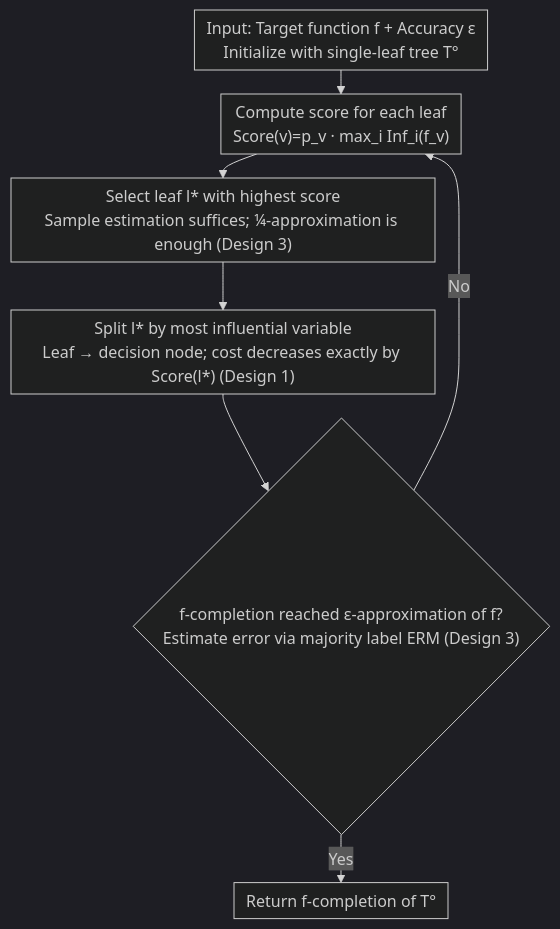
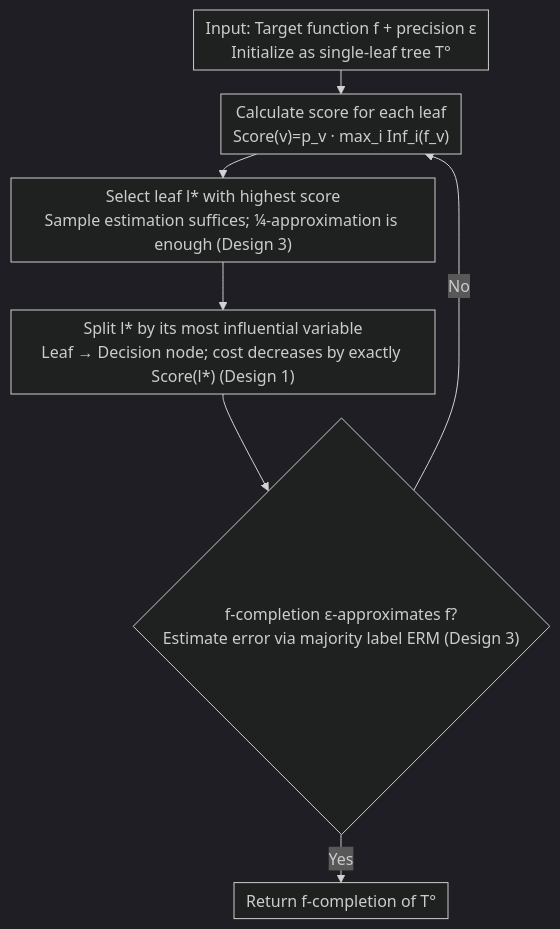
Before and after one commit to zhaoyang97/Paper-Notes-en: the diagram in docs/ICML2026/others/decision_tree_learning_on_product_spaces.md, drawn with Mermaid (dark theme). The commit also changed other lines of this file and 5084 other files, not shown here.

````diff
--- a/docs/ICML2026/others/decision_tree_learning_on_product_spaces.md
+++ b/docs/ICML2026/others/decision_tree_learning_on_product_spaces.md
@@ -46,10 +46,10 @@
 ```mermaid
 %%{init: {'flowchart': {'rankSpacing': 24, 'nodeSpacing': 28, 'padding': 6, 'wrappingWidth': 400}}}%%
 flowchart TD
-    A["Input: Target function f + Accuracy ε<br/>Initialize with single-leaf tree T°"] --> B["Compute score for each leaf<br/>Score(v)=p_v · max_i Inf_i(f_v)"]
+    A["Input: Target function f + precision ε<br/>Initialize as single-leaf tree T°"] --> B["Calculate score for each leaf<br/>Score(v)=p_v · max_i Inf_i(f_v)"]
     B --> C["Select leaf l* with highest score<br/>Sample estimation suffices; ¼-approximation is enough (Design 3)"]
-    C --> D["Split l* by most influential variable<br/>Leaf → decision node; cost decreases exactly by Score(l*) (Design 1)"]
-    D --> E{"f-completion reached ε-approximation of f?<br/>Estimate error via majority label ERM (Design 3)"}
+    C --> D["Split l* by its most influential variable<br/>Leaf → Decision node; cost decreases by exactly Score(l*) (Design 1)"]
+    D --> E{"f-completion ε-approximates f?<br/>Estimate error via majority label ERM (Design 3)"}
     E -->|No| B
     E -->|Yes| F["Return f-completion of T°"]
 ```
````
